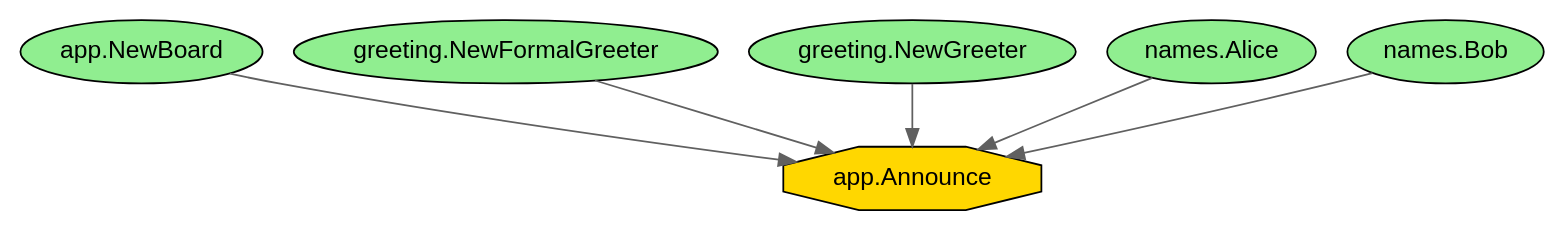
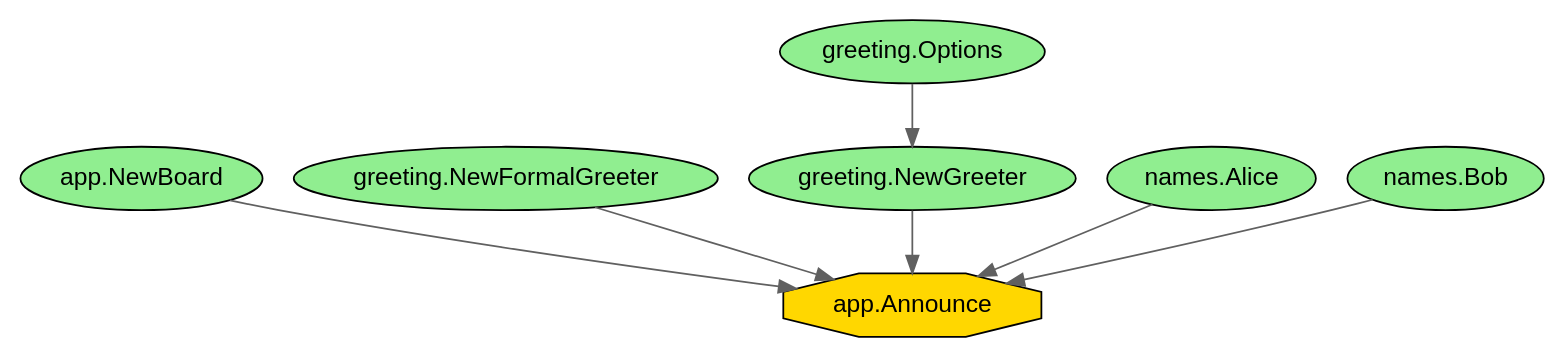
The diagram in inject/examples/simple/simple.gv (xgodev/boost), drawn with Graphviz before and after one commit. The commit also changed 13 other files, not shown here.

```diff
--- a/inject/examples/simple/simple.gv
+++ b/inject/examples/simple/simple.gv
@@ -1,16 +1,18 @@
 digraph InjectGraph {
 	graph [splines=true, overlap=false];
 	node [fontname="Arial", style=filled];
 	edge [color="#606060"];
 	"github.com/xgodev/boost/inject/examples/simple/app.Announce" [label="app.Announce", shape=octagon, fillcolor="#FFD700"];
 	"github.com/xgodev/boost/inject/examples/simple/app.NewBoard" [label="app.NewBoard", shape=ellipse, fillcolor="#90EE90"];
 	"github.com/xgodev/boost/inject/examples/simple/app.NewBoard" -> "github.com/xgodev/boost/inject/examples/simple/app.Announce";
 	"github.com/xgodev/boost/inject/examples/simple/greeting.NewFormalGreeter" [label="greeting.NewFormalGreeter", shape=ellipse, fillcolor="#90EE90"];
 	"github.com/xgodev/boost/inject/examples/simple/greeting.NewFormalGreeter" -> "github.com/xgodev/boost/inject/examples/simple/app.Announce";
 	"github.com/xgodev/boost/inject/examples/simple/greeting.NewGreeter" [label="greeting.NewGreeter", shape=ellipse, fillcolor="#90EE90"];
 	"github.com/xgodev/boost/inject/examples/simple/greeting.NewGreeter" -> "github.com/xgodev/boost/inject/examples/simple/app.Announce";
+	"github.com/xgodev/boost/inject/examples/simple/greeting.Options" [label="greeting.Options", shape=ellipse, fillcolor="#90EE90"];
+	"github.com/xgodev/boost/inject/examples/simple/greeting.Options" -> "github.com/xgodev/boost/inject/examples/simple/greeting.NewGreeter";
 	"github.com/xgodev/boost/inject/examples/simple/names.Alice" [label="names.Alice", shape=ellipse, fillcolor="#90EE90"];
 	"github.com/xgodev/boost/inject/examples/simple/names.Alice" -> "github.com/xgodev/boost/inject/examples/simple/app.Announce";
 	"github.com/xgodev/boost/inject/examples/simple/names.Bob" [label="names.Bob", shape=ellipse, fillcolor="#90EE90"];
 	"github.com/xgodev/boost/inject/examples/simple/names.Bob" -> "github.com/xgodev/boost/inject/examples/simple/app.Announce";
 }
```
